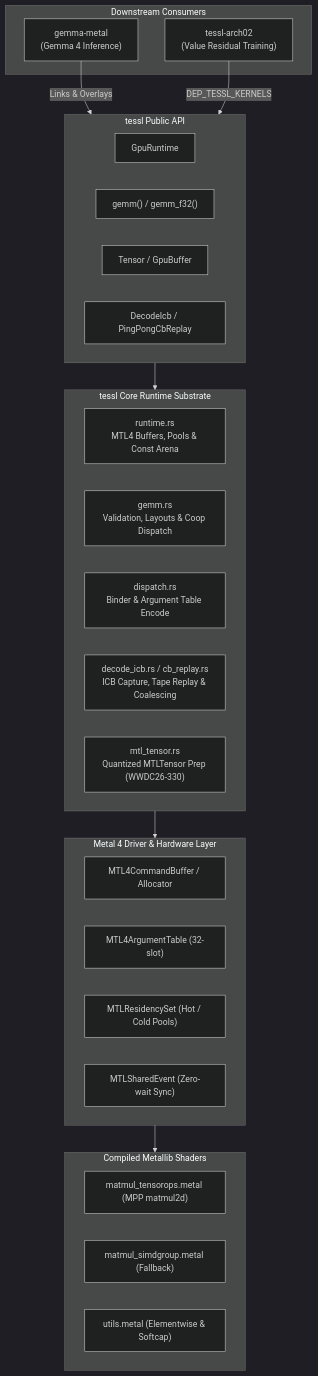
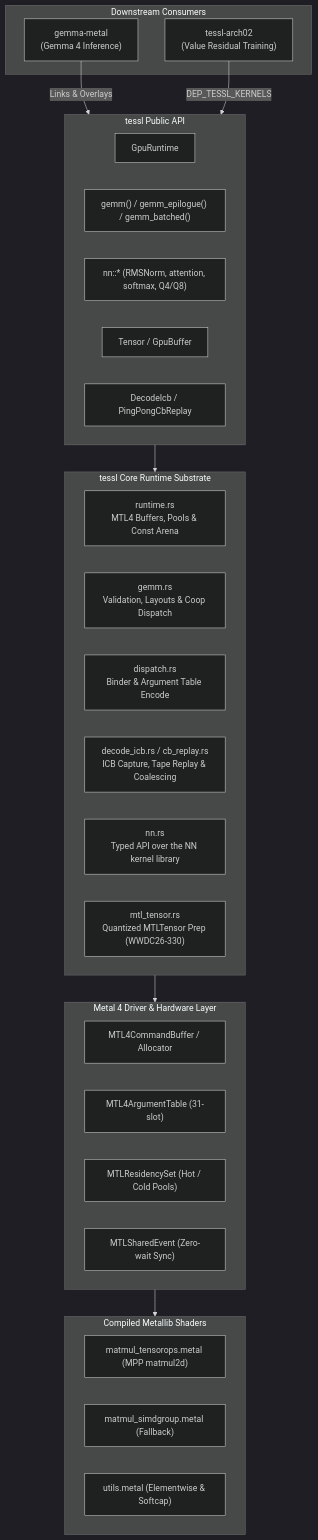
The first of 4 diagrams in README.md (bharathvbcr/tessl), drawn with Mermaid (dark theme) before and after one commit. The commit also changed other lines of this file and 57 other files, not shown here.

````diff
--- a/README.md
+++ b/README.md
@@ -40,41 +51,43 @@
 ```mermaid
 graph TD
     subgraph Consumers["Downstream Consumers"]
         Gemma["gemma-metal<br/>(Gemma 4 Inference)"]
         Arch02["tessl-arch02<br/>(Value Residual Training)"]
     end
 
     subgraph TesslAPI["tessl Public API"]
         GpuRt["GpuRuntime"]
-        GemmFn["gemm() / gemm_f32()"]
+        GemmFn["gemm() / gemm_epilogue() / gemm_batched()"]
+        NnFn["nn::* (RMSNorm, attention, softmax, Q4/Q8)"]
         TensorObj["Tensor / GpuBuffer"]
         IcbObj["DecodeIcb / PingPongCbReplay"]
     end
 
     subgraph CoreEngine["tessl Core Runtime Substrate"]
         RuntimeMod["runtime.rs<br/>MTL4 Buffers, Pools & Const Arena"]
         GemmMod["gemm.rs<br/>Validation, Layouts & Coop Dispatch"]
         DispatchMod["dispatch.rs<br/>Binder & Argument Table Encode"]
         IcbMod["decode_icb.rs / cb_replay.rs<br/>ICB Capture, Tape Replay & Coalescing"]
+        NnMod["nn.rs<br/>Typed API over the NN kernel library"]
         MtlTensorMod["mtl_tensor.rs<br/>Quantized MTLTensor Prep (WWDC26-330)"]
     end
 
     subgraph Metal4Layer["Metal 4 Driver & Hardware Layer"]
         CmdBuf["MTL4CommandBuffer / Allocator"]
-        ArgTable["MTL4ArgumentTable (32-slot)"]
+        ArgTable["MTL4ArgumentTable (31-slot)"]
         ResSet["MTLResidencySet (Hot / Cold Pools)"]
         SharedEvt["MTLSharedEvent (Zero-wait Sync)"]
     end
 
     subgraph Shaders["Compiled Metallib Shaders"]
         TensorOpsMetal["matmul_tensorops.metal (MPP matmul2d)"]
         SimdMetal["matmul_simdgroup.metal (Fallback)"]
         UtilsMetal["utils.metal (Elementwise & Softcap)"]
     end
 
     Gemma -->|Links & Overlays| TesslAPI
     Arch02 -->|DEP_TESSL_KERNELS| TesslAPI
     TesslAPI --> CoreEngine
     CoreEngine --> Metal4Layer
     Metal4Layer --> Shaders
 ```
````
